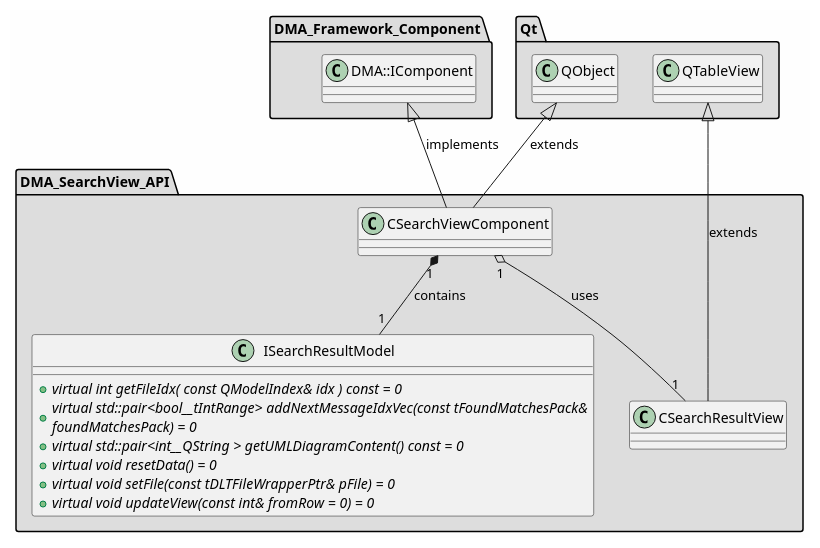
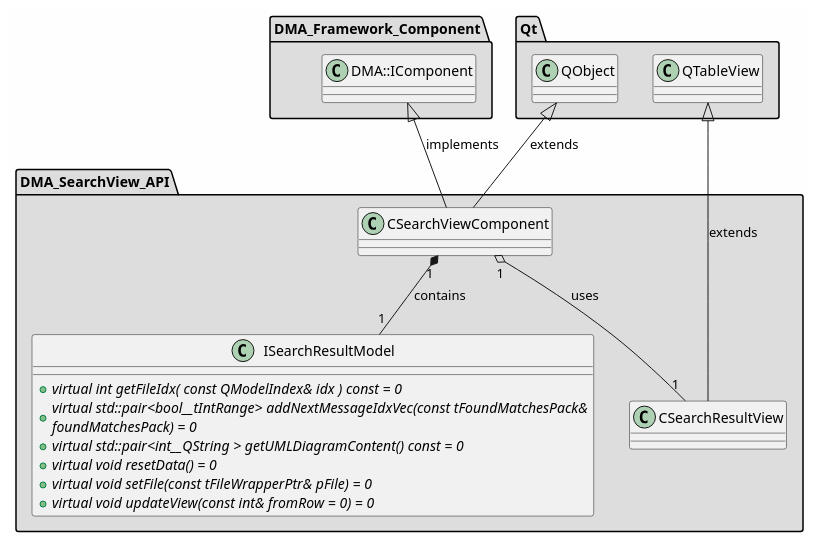
One commit to svlad-90/DLT-Message-Analyzer changed the diagram in md/dev_docs/puml/DMA_SearchView_API_standalone.puml. Above: the diagram before and after it, drawn with PlantUML. The commit also changed 83 other files, not shown here.

First line of the commit message:
[ISSUE #111][COMPONENTS] Introduce components architecture in the project

```diff
--- a/md/dev_docs/puml/DMA_SearchView_API_standalone.puml
+++ b/md/dev_docs/puml/DMA_SearchView_API_standalone.puml
@@ -2,59 +2,59 @@
 @startuml
 
 skinparam backgroundColor #FEFEFE
 skinparam wrapWidth 600
 package "DMA_Framework_Component" #DDDDDD
 {
 
 class "DMA::IComponent"
 {
 }
 
 }
 
 package "DMA_SearchView_API" #DDDDDD
 {
 
 class "CSearchResultView"
 {
 }
 
 class "CSearchViewComponent"
 {
 }
 
 class "ISearchResultModel"
 {
     + {abstract} virtual int getFileIdx( const QModelIndex& idx ) const = 0
     + {abstract} virtual std::pair<bool__tIntRange> addNextMessageIdxVec(const tFoundMatchesPack& foundMatchesPack) = 0
     + {abstract} virtual std::pair<int__QString > getUMLDiagramContent() const = 0
     + {abstract} virtual void resetData() = 0
-    + {abstract} virtual void setFile(const tDLTFileWrapperPtr& pFile) = 0
+    + {abstract} virtual void setFile(const tFileWrapperPtr& pFile) = 0
     + {abstract} virtual void updateView(const int& fromRow = 0) = 0
 }
 
 }
 
 package "Qt" #DDDDDD
 {
 
 class "QObject"
 {
 }
 
 class "QTableView"
 {
 }
 
 }
 
 '====================Inheritance section====================
 QTableView <|-- CSearchResultView : extends
 DMA::IComponent <|-- CSearchViewComponent : implements
 QObject <|-- CSearchViewComponent : extends
 
 '====================Dependencies section====================
 CSearchViewComponent "1" o-- "1" CSearchResultView : uses
 CSearchViewComponent "1" *-- "1" ISearchResultModel : contains
 
 @enduml
```
